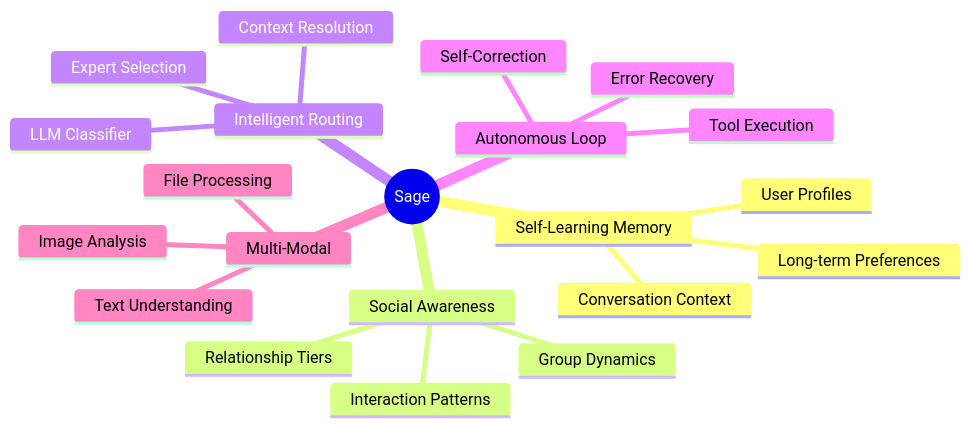
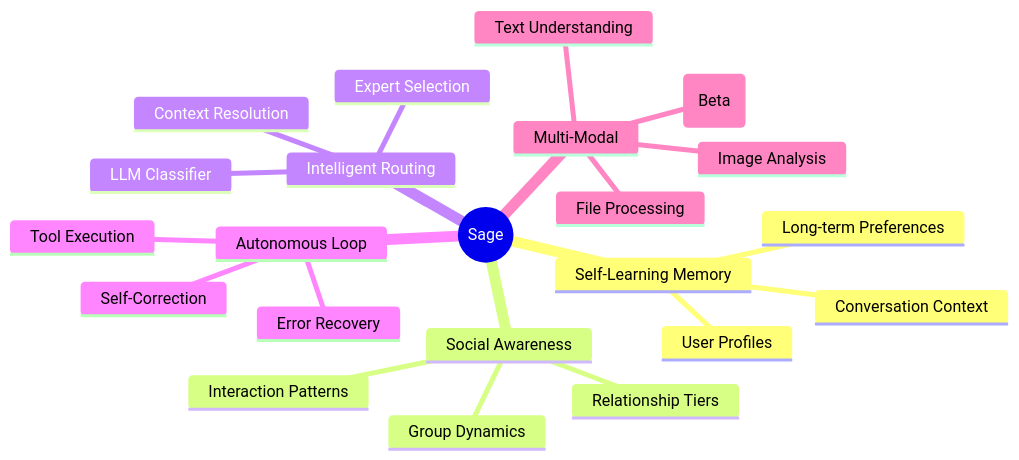
The first of 6 diagrams in docs/AGENTIC_ARCHITECTURE.md (BokX1/Sage), drawn with Mermaid before and after one commit. The commit also changed other lines of this file and 2 other files, not shown here.

Commit message:
docs: simplify voice docs and fix markdown lint errors

````diff
--- a/docs/AGENTIC_ARCHITECTURE.md
+++ b/docs/AGENTIC_ARCHITECTURE.md
@@ -30,24 +30,25 @@
 ```mermaid
 mindmap
   root((Sage))
     Self-Learning Memory
       User Profiles
       Conversation Context
       Long-term Preferences
     Social Awareness
       Relationship Tiers
       Interaction Patterns
       Group Dynamics
     Intelligent Routing
       LLM Classifier
       Expert Selection
       Context Resolution
     Autonomous Loop
       Tool Execution
       Error Recovery
       Self-Correction
     Multi-Modal
       Text Understanding
       Image Analysis
       File Processing
+      Voice Companion (Beta)
 ```
````
